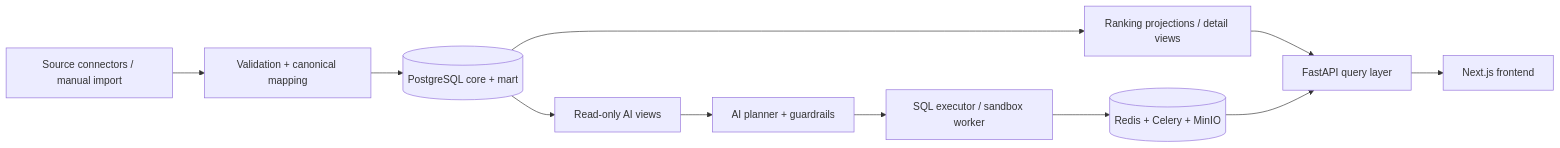
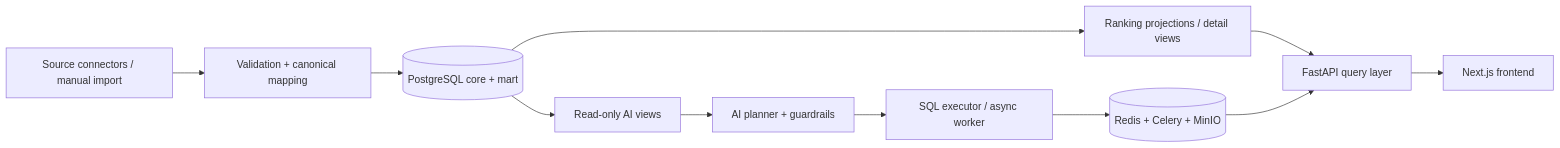
One commit to hshgogogo/SugarBoard changed the first of 6 diagrams in architecture.md. Above: the diagram before and after it, drawn with Mermaid. The commit also changed other lines of this file and 1 other file, not shown here.

Commit message:
Align SSBoard architecture contract with finalized spec

````diff
--- a/architecture.md
+++ b/architecture.md
@@ -67,13 +70,13 @@
 ```mermaid
 flowchart LR
     A[Source connectors / manual import] --> B[Validation + canonical mapping]
     B --> C[(PostgreSQL core + mart)]
     C --> D[Ranking projections / detail views]
     D --> E[FastAPI query layer]
     E --> F[Next.js frontend]
     C --> G[Read-only AI views]
     G --> H[AI planner + guardrails]
-    H --> I[SQL executor / sandbox worker]
+    H --> I[SQL executor / async worker]
     I --> J[(Redis + Celery + MinIO)]
     J --> E
 ```
````
